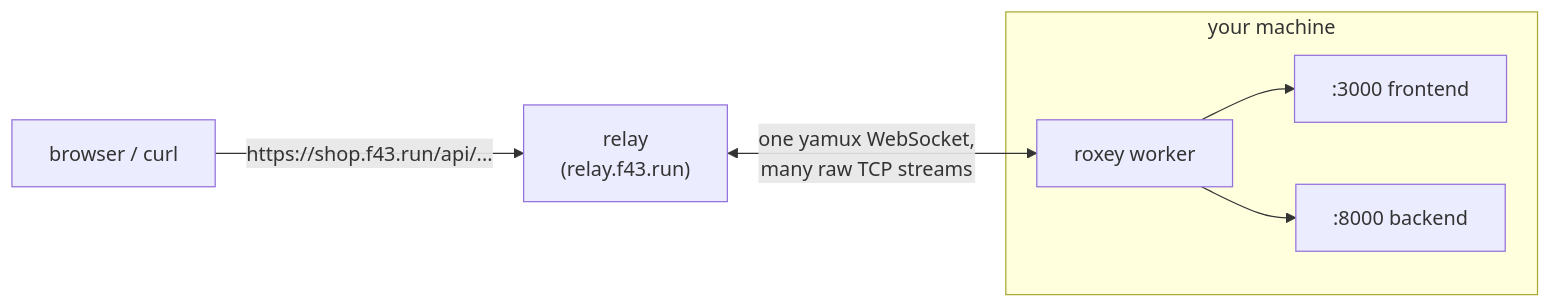
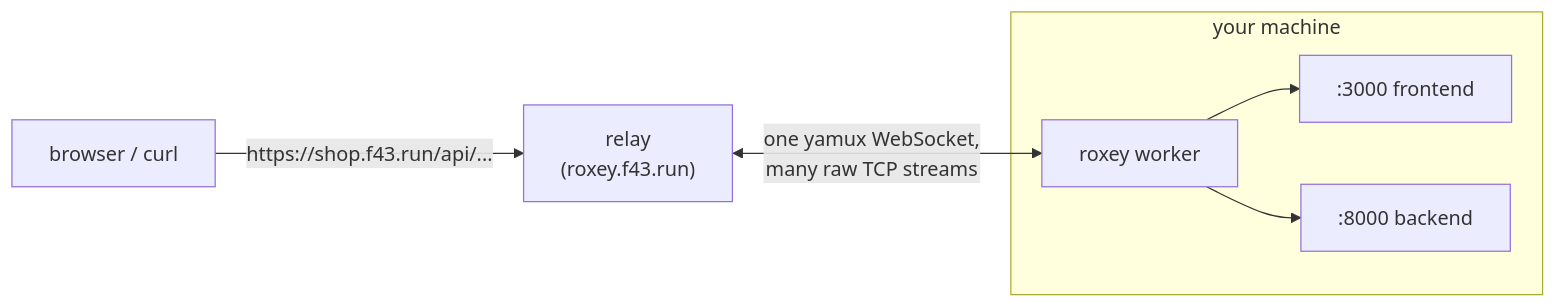
The diagram in README.md (four43labs/roxey), drawn with Mermaid before and after one commit. The commit also changed other lines of this file and 13 other files, not shown here.

````diff
--- a/README.md
+++ b/README.md
@@ -236,10 +250,10 @@
 ```mermaid
 flowchart LR
     subgraph machine["your machine"]
         W["roxey worker"] --> FE[":3000 frontend"]
         W --> BE[":8000 backend"]
     end
 
-    B["browser / curl"] -- "https://shop.f43.run/api/..." --> R["relay<br/>(relay.f43.run)"]
+    B["browser / curl"] -- "https://shop.f43.run/api/..." --> R["relay<br/>(roxey.f43.run)"]
     R <-- "one yamux WebSocket,<br/>many raw TCP streams" --> W
 ```
````
